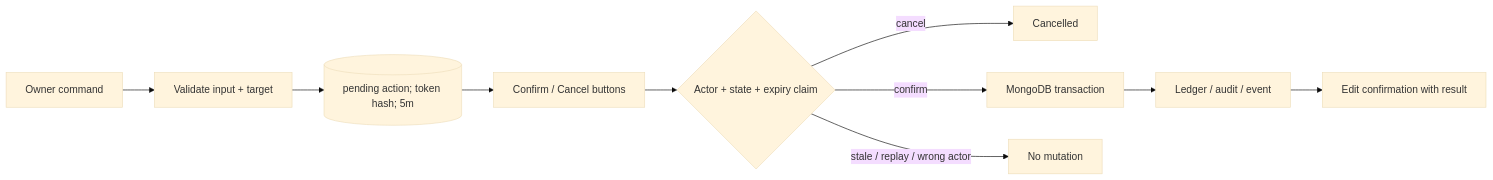
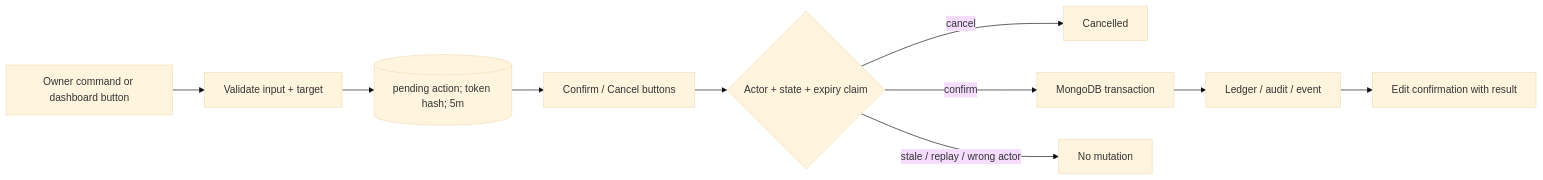
The third of 5 diagrams in ADMIN_BOT_DEVELOPMENT_PLAN.md (TheFinalBtIsHere/SMMUP_BOT), drawn with Mermaid (base theme) before and after one commit. The commit also changed other lines of this file and 14 other files, not shown here.

````diff
--- a/ADMIN_BOT_DEVELOPMENT_PLAN.md
+++ b/ADMIN_BOT_DEVELOPMENT_PLAN.md
@@ -254,12 +240,12 @@
 ```mermaid
 flowchart LR
-  Cmd[Owner command] --> Validate[Validate input + target]
+  Entry[Owner command or dashboard button] --> Validate[Validate input + target]
   Validate --> Pending[(pending action; token hash; 5m)]
   Pending --> Preview[Confirm / Cancel buttons]
   Preview --> Claim{Actor + state + expiry claim}
   Claim -->|cancel| Cancelled[Cancelled]
   Claim -->|confirm| Tx[MongoDB transaction]
   Tx --> Audit[Ledger / audit / event]
   Audit --> Receipt[Edit confirmation with result]
   Claim -->|stale / replay / wrong actor| Reject[No mutation]
 ```
````
